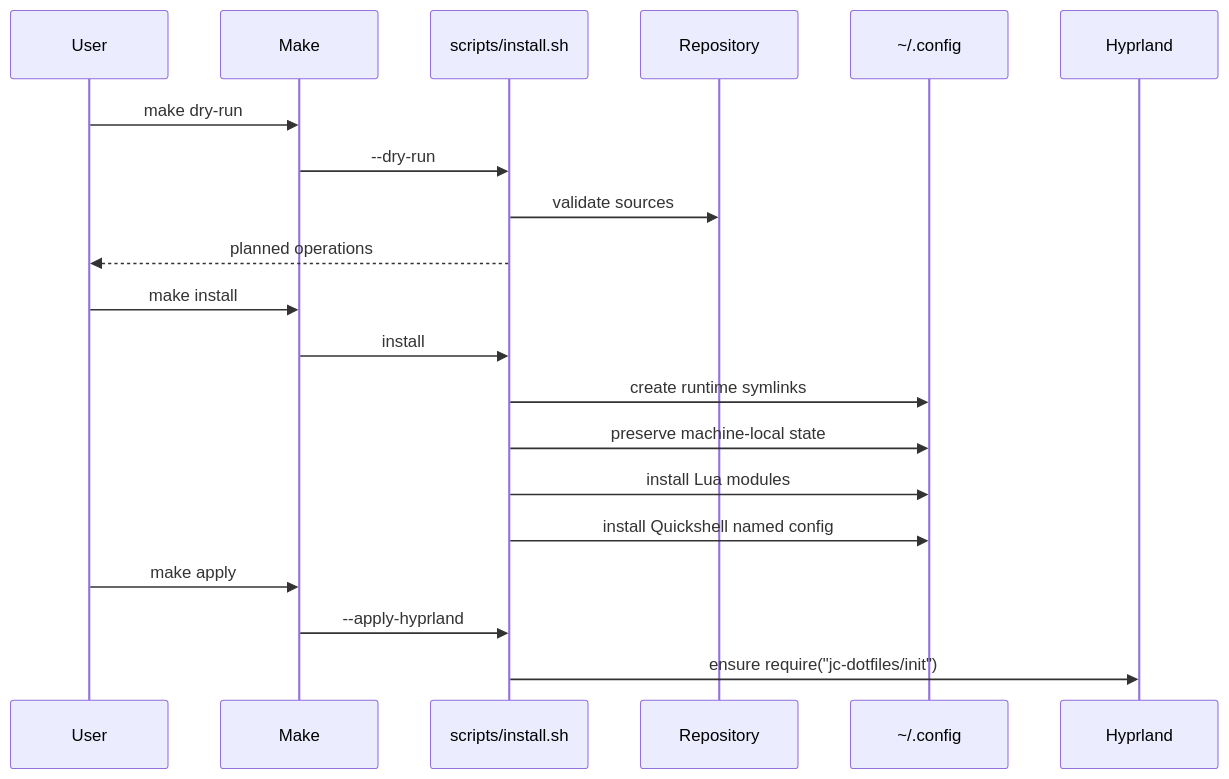
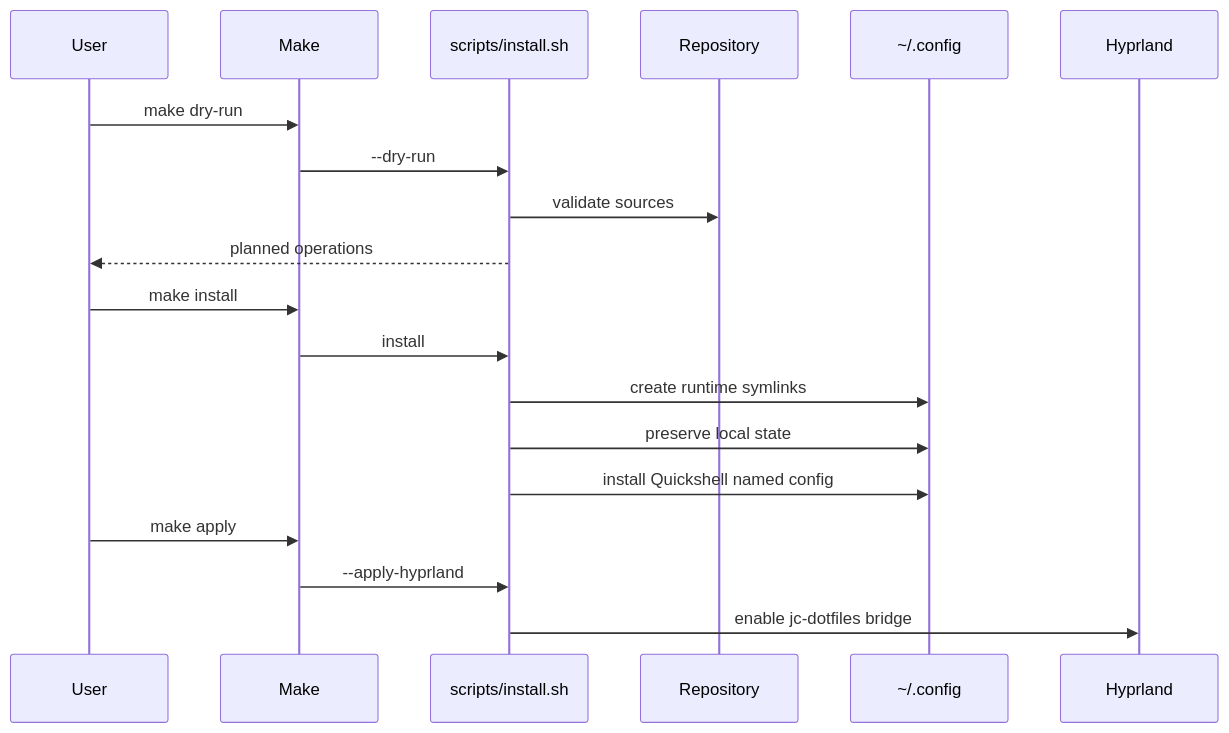
One commit to jcpina83/jc-hyprland-dotfiles changed the sixth of 6 diagrams in docs/architecture.md. Above: the diagram before and after it, drawn with Mermaid. The commit also changed other lines of this file and 1 other file, not shown here.

Commit message:
docs(roadmap): define path to v1.0.0

````diff
--- a/docs/architecture.md
+++ b/docs/architecture.md
@@ -714,25 +642,24 @@
 ```mermaid
 sequenceDiagram
     participant U as User
     participant M as Make
     participant I as scripts/install.sh
     participant R as Repository
     participant C as ~/.config
     participant H as Hyprland
 
     U->>M: make dry-run
     M->>I: --dry-run
     I->>R: validate sources
     I-->>U: planned operations
 
     U->>M: make install
     M->>I: install
     I->>C: create runtime symlinks
-    I->>C: preserve machine-local state
-    I->>C: install Lua modules
+    I->>C: preserve local state
     I->>C: install Quickshell named config
 
     U->>M: make apply
     M->>I: --apply-hyprland
-    I->>H: ensure require("jc-dotfiles/init")
+    I->>H: enable jc-dotfiles bridge
 ```
````
